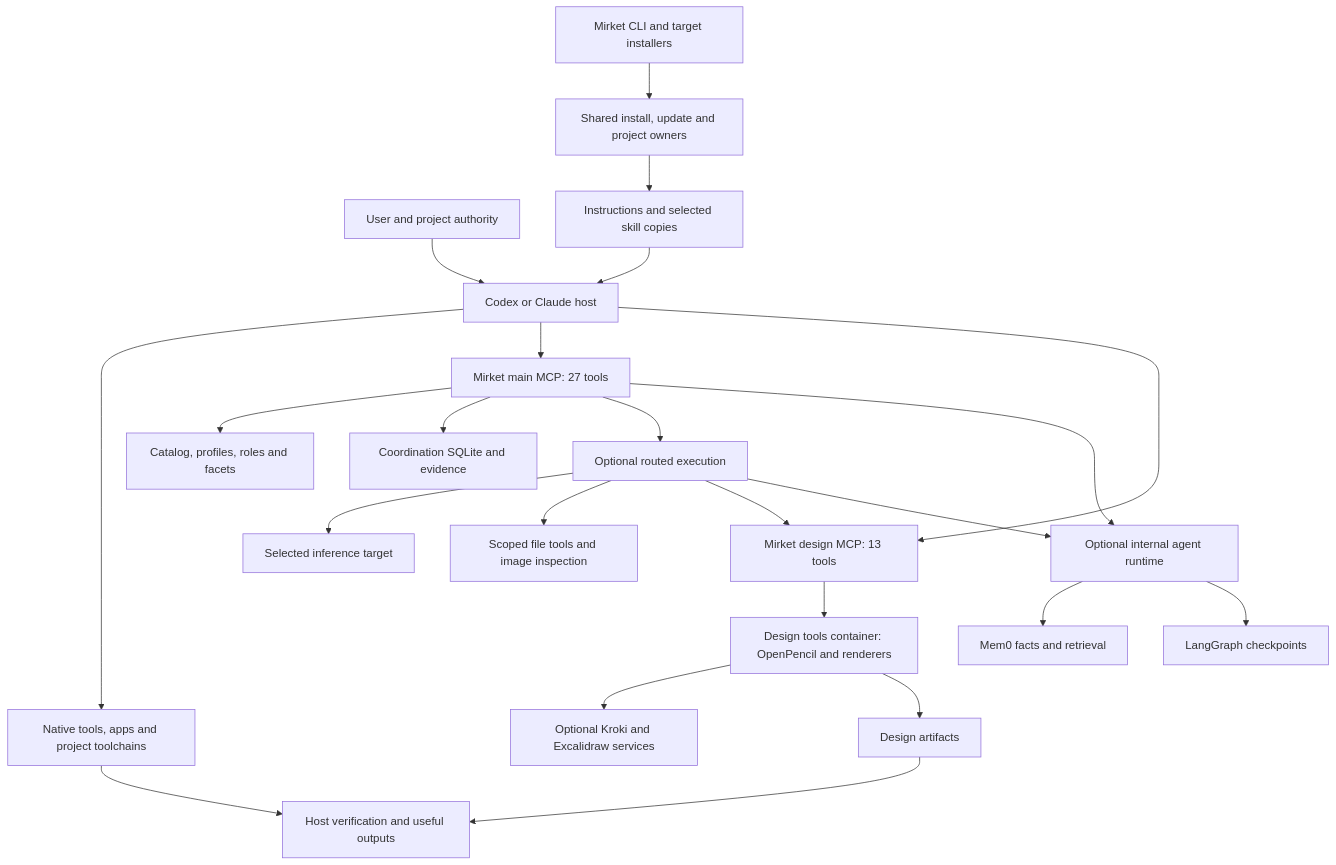
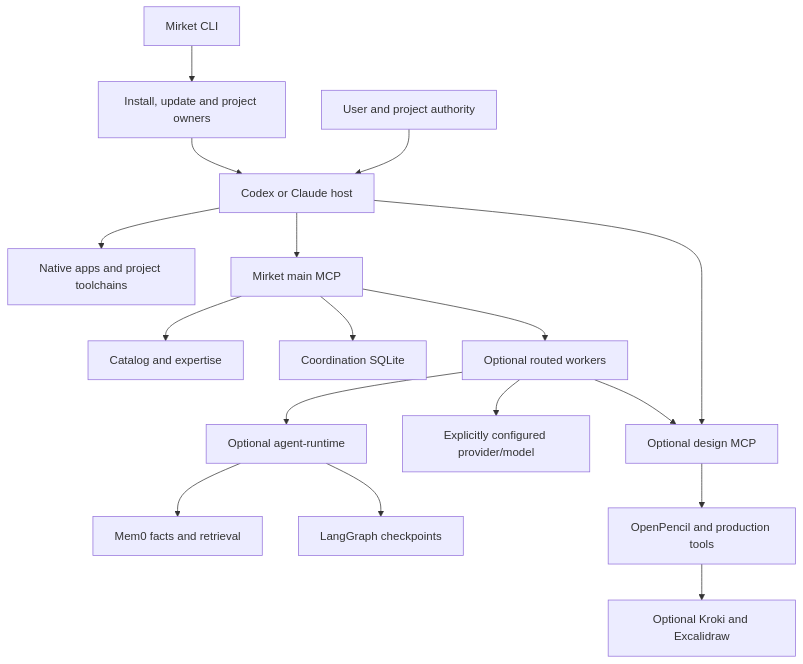
Before and after one commit to codemirket/harness: the diagram in docs/harness-map.md, drawn with Mermaid. The commit also changed other lines of this file and 35 other files, not shown here.

````diff
--- a/docs/harness-map.md
+++ b/docs/harness-map.md
@@ -60,25 +14,19 @@
 ```mermaid
 flowchart TD
-    U[User and project authority] --> H[Codex or Claude host]
-    H --> N[Native tools, apps and project toolchains]
-    H --> M[Mirket main MCP: 27 tools]
-    H --> D[Mirket design MCP: 13 tools]
-    C[Mirket CLI and target installers] --> I[Shared install, update and project owners]
-    I --> G[Instructions and selected skill copies]
-    G --> H
-    M --> K[Catalog, profiles, roles and facets]
-    M --> S[Coordination SQLite and evidence]
-    M --> R[Optional routed execution]
-    R --> P[Selected inference target]
-    R --> F[Scoped file tools and image inspection]
-    R --> D
-    M --> A[Optional internal agent runtime]
-    R --> A
-    D --> T[Design tools container: OpenPencil and renderers]
-    T --> O[Optional Kroki and Excalidraw services]
-    A --> Q[Mem0 facts and retrieval]
-    A --> L[LangGraph checkpoints]
-    T --> W[Design artifacts]
-    N --> V[Host verification and useful outputs]
-    W --> V
+    User[User and project authority] --> Host[Codex or Claude host]
+    Host --> Native[Native apps and project toolchains]
+    Host --> Main[Mirket main MCP]
+    Host --> Design[Optional design MCP]
+    CLI[Mirket CLI] --> Setup[Install, update and project owners]
+    Setup --> Host
+    Main --> Catalog[Catalog and expertise]
+    Main --> State[Coordination SQLite]
+    Main --> Router[Optional routed workers]
+    Router --> Model[Explicitly configured provider/model]
+    Router --> Design
+    Router --> Agent[Optional agent-runtime]
+    Agent --> Memory[Mem0 facts and retrieval]
+    Agent --> Graph[LangGraph checkpoints]
+    Design --> Tools[OpenPencil and production tools]
+    Tools --> Images[Optional Kroki and Excalidraw]
 ```
````
